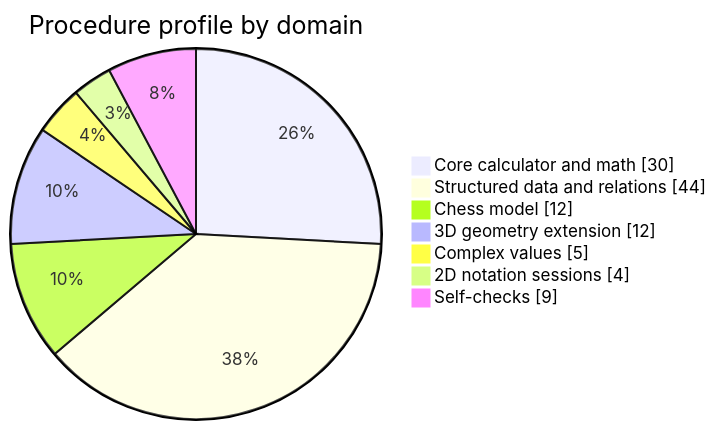
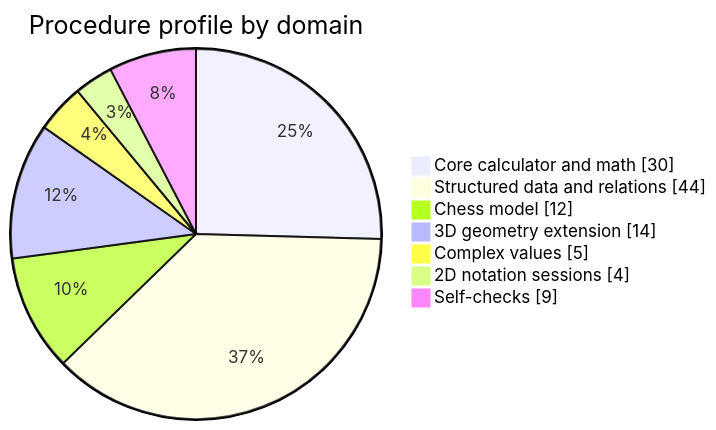
The first of 6 diagrams in docs/infographic.md (Olegie/PlankaC), drawn with Mermaid before and after one commit. The commit also changed other lines of this file and 36 other files, not shown here.

````diff
--- a/docs/infographic.md
+++ b/docs/infographic.md
@@ -21,11 +22,11 @@
 ```mermaid
 pie showData
     title Procedure profile by domain
     "Core calculator and math" : 30
     "Structured data and relations" : 44
     "Chess model" : 12
-    "3D geometry extension" : 12
+    "3D geometry extension" : 14
     "Complex values" : 5
     "2D notation sessions" : 4
     "Self-checks" : 9
 ```
````
